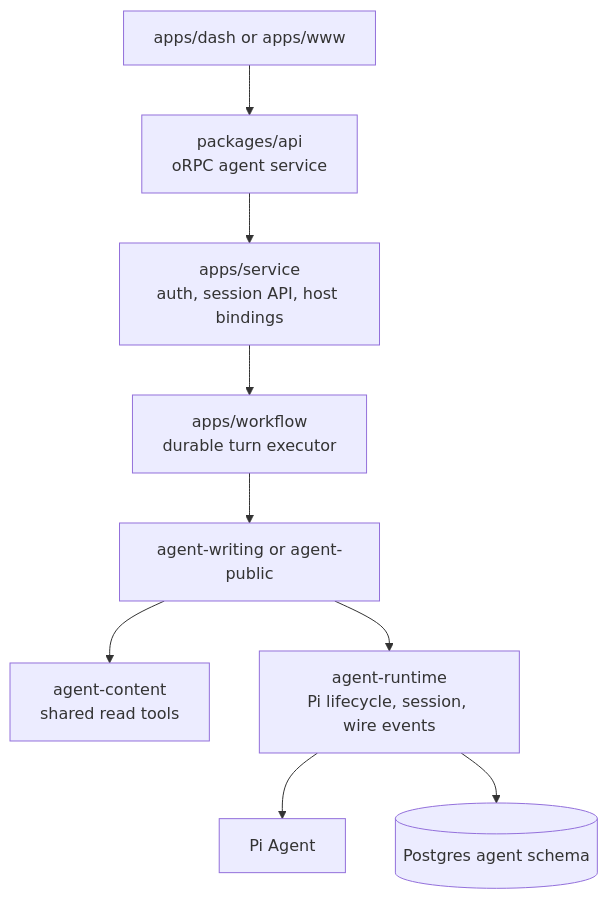
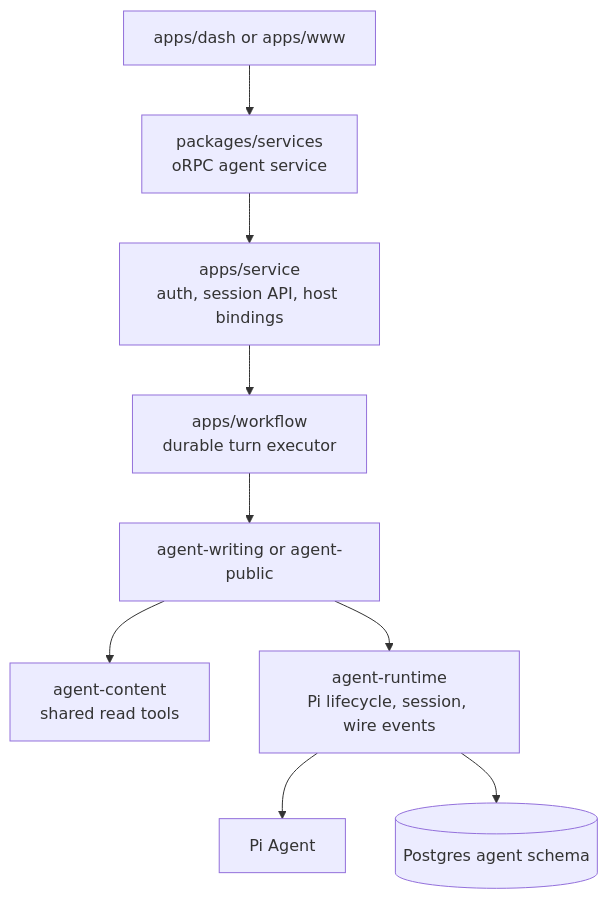
The first of 3 diagrams in docs/agent-architecture.md (Chia1104/chia1104.dev), drawn with Mermaid before and after one commit. The commit also changed other lines of this file and 210 other files, not shown here.

First line of the commit message:
refactor: split @chia/api into @chia/services and @chia/integrations

````diff
--- a/docs/agent-architecture.md
+++ b/docs/agent-architecture.md
@@ -22,11 +22,11 @@
 ```mermaid
 flowchart TB
-    UI[apps/dash or apps/www] --> API[packages/api<br/>oRPC agent service]
+    UI[apps/dash or apps/www] --> API[packages/services<br/>oRPC agent service]
     API --> SVC[apps/service<br/>auth, session API, host bindings]
     SVC --> WF[apps/workflow<br/>durable turn executor]
     WF --> KIND[agent-writing or agent-public]
     KIND --> CONTENT[agent-content<br/>shared read tools]
     KIND --> RUNTIME[agent-runtime<br/>Pi lifecycle, session, wire events]
     RUNTIME --> PI[Pi Agent]
     RUNTIME --> PG[(Postgres agent schema)]
 ```
````
